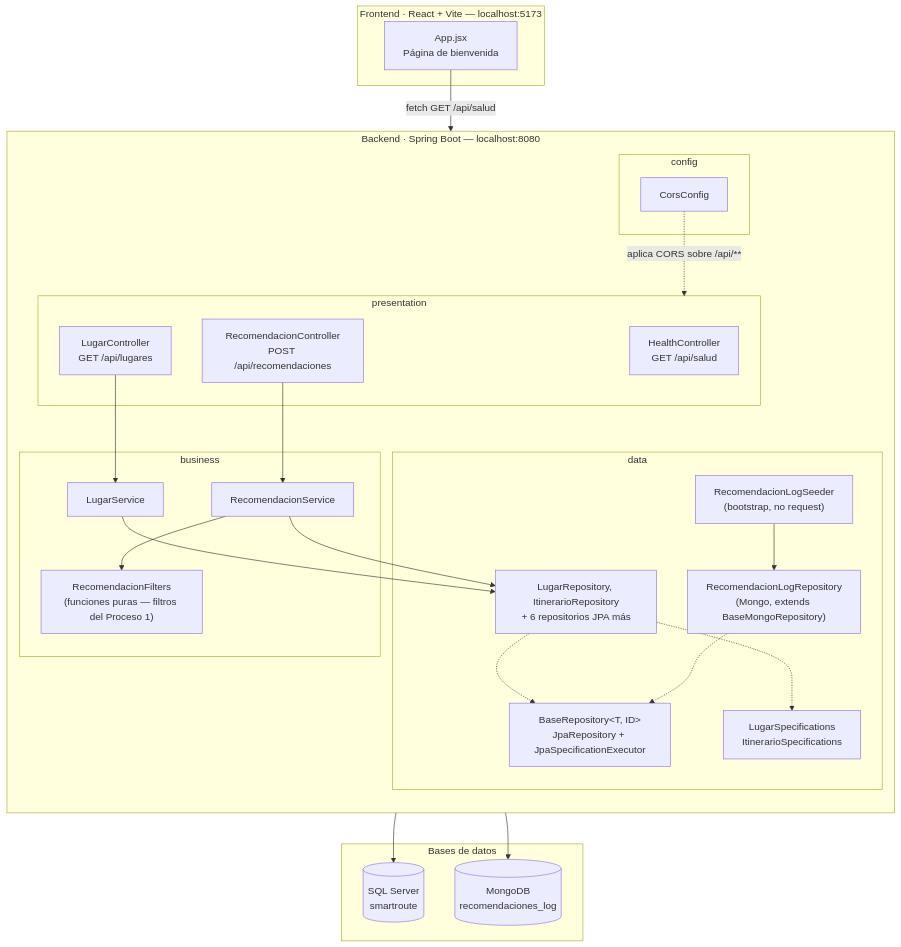
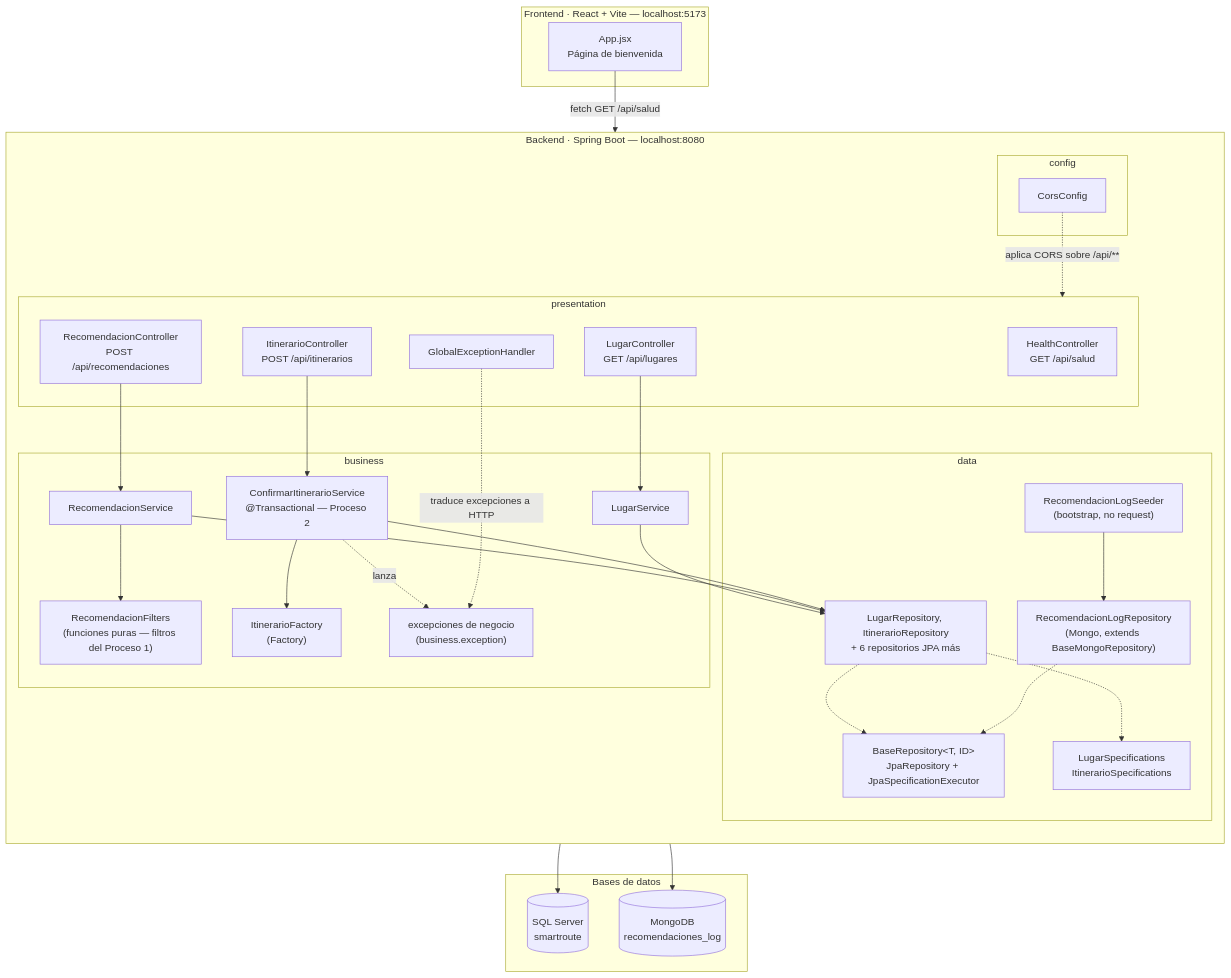
Before and after one commit to ReachelVP/SmartRoute: the diagram in docs/diagrama-arquitectura.md, drawn with Mermaid. The commit also changed other lines of this file and 27 other files, not shown here.

````diff
--- a/docs/diagrama-arquitectura.md
+++ b/docs/diagrama-arquitectura.md
@@ -9,55 +10,65 @@
 ```mermaid
 flowchart TD
     subgraph Frontend["Frontend · React + Vite — localhost:5173"]
         UI["App.jsx<br/>Página de bienvenida"]
     end
 
     subgraph Backend["Backend · Spring Boot — localhost:8080"]
         direction TB
 
         subgraph Presentation["presentation"]
             HC["HealthController<br/>GET /api/salud"]
             LC["LugarController<br/>GET /api/lugares"]
             RC["RecomendacionController<br/>POST /api/recomendaciones"]
+            IC["ItinerarioController<br/>POST /api/itinerarios"]
+            GEH["GlobalExceptionHandler"]
         end
 
         subgraph Business["business"]
             LS["LugarService"]
             RS["RecomendacionService"]
             RF["RecomendacionFilters<br/>(funciones puras — filtros del Proceso 1)"]
+            CIS["ConfirmarItinerarioService<br/>@Transactional — Proceso 2"]
+            IF["ItinerarioFactory<br/>(Factory)"]
+            EXC["excepciones de negocio<br/>(business.exception)"]
         end
 
         subgraph Data["data"]
             BASE["BaseRepository&lt;T, ID&gt;<br/>JpaRepository + JpaSpecificationExecutor"]
             LR["LugarRepository, ItinerarioRepository<br/>+ 6 repositorios JPA más"]
             SPEC["LugarSpecifications<br/>ItinerarioSpecifications"]
             SEED["RecomendacionLogSeeder<br/>(bootstrap, no request)"]
             RL["RecomendacionLogRepository<br/>(Mongo, extends BaseMongoRepository)"]
         end
 
         subgraph Config["config"]
             CC["CorsConfig"]
         end
     end
 
     subgraph Bases["Bases de datos"]
         SQL[("SQL Server<br/>smartroute")]
         MONGO[("MongoDB<br/>recomendaciones_log")]
     end
 
     UI -- "fetch GET /api/salud" --> HC
 
     LC --> LS
     LS --> LR
     RC --> RS
     RS --> RF
     RS --> LR
+    IC --> CIS
+    CIS --> IF
+    CIS -. "lanza" .-> EXC
+    CIS --> LR
     LR -.-> BASE
     LR -.-> SPEC
     LR --> SQL
     SEED --> RL
     RL -.-> BASE
     RL --> MONGO
+    GEH -. "traduce excepciones a HTTP" .-> EXC
 
     CC -. "aplica CORS sobre /api/**" .-> Presentation
 ```
````
